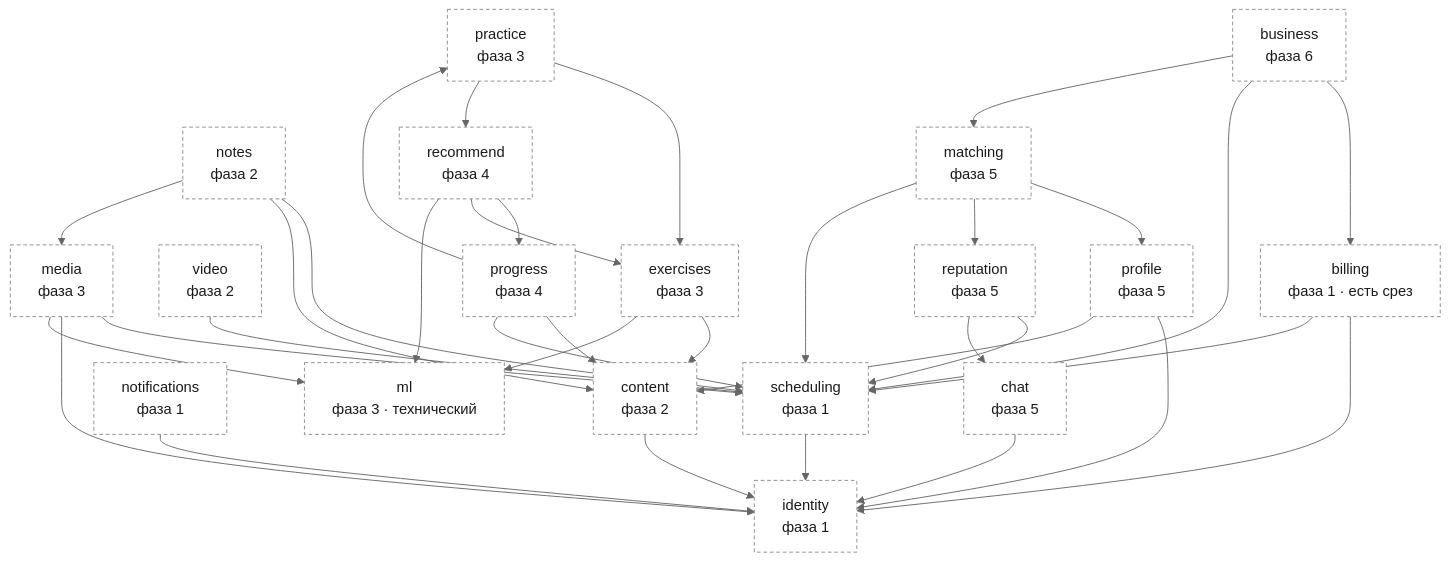
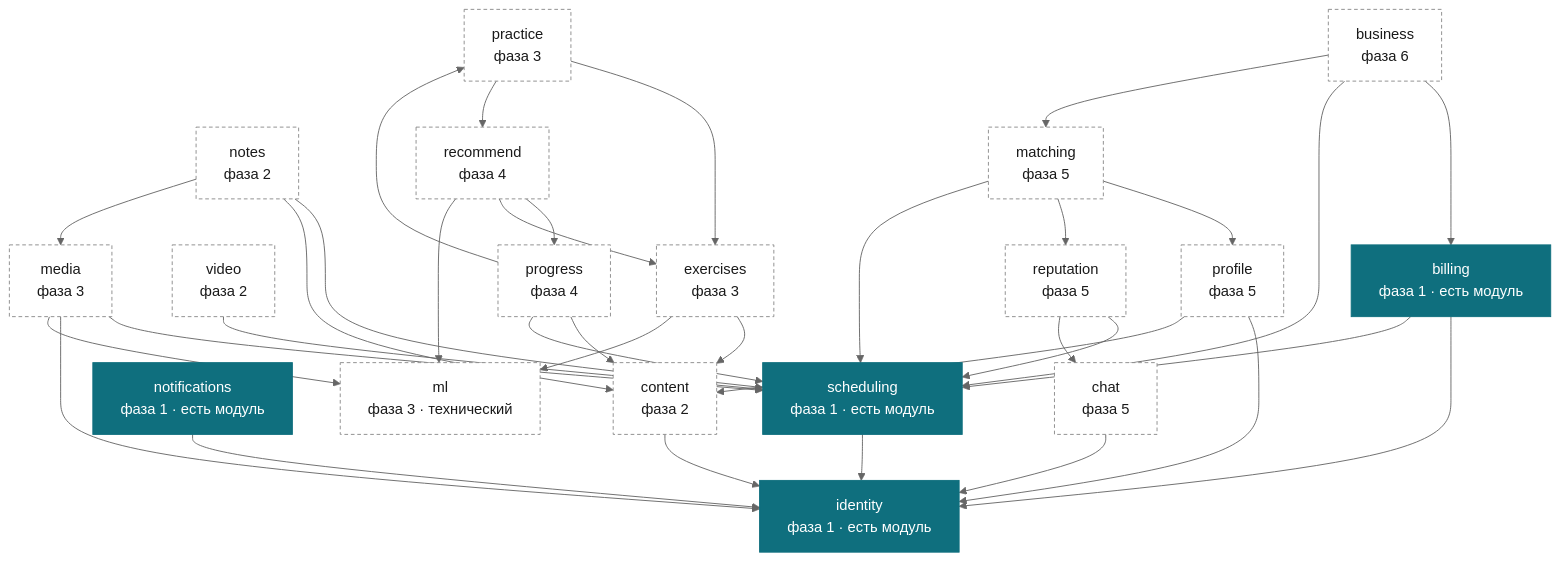
Before and after one commit to don-qu1xote/pdr: the diagram in docs/architecture/context-map.md, drawn with Mermaid (neutral theme). The commit also changed other lines of this file and 67 other files, not shown here.

````diff
--- a/docs/architecture/context-map.md
+++ b/docs/architecture/context-map.md
@@ -72,68 +72,69 @@
 ```mermaid
 flowchart TD
     %% exists заведён заранее: им помечается контекст, у которого появился модуль.
     classDef exists fill:#0F6F7E,stroke:#0F6F7E,color:#ffffff;
     classDef planned fill:#ffffff,stroke:#8a8a8a,stroke-dasharray:4 3,color:#1a1a1a;
 
-    identity["identity<br/>фаза 1"]
-    scheduling["scheduling<br/>фаза 1"]
-    billing["billing<br/>фаза 1 · есть срез"]
-    notifications["notifications<br/>фаза 1"]
+    identity["identity<br/>фаза 1 · есть модуль"]
+    scheduling["scheduling<br/>фаза 1 · есть модуль"]
+    billing["billing<br/>фаза 1 · есть модуль"]
+    notifications["notifications<br/>фаза 1 · есть модуль"]
 
     video["video<br/>фаза 2"]
     content["content<br/>фаза 2"]
     notes["notes<br/>фаза 2"]
 
     exercises["exercises<br/>фаза 3"]
     practice["practice<br/>фаза 3"]
     media["media<br/>фаза 3"]
     ml["ml<br/>фаза 3 · технический"]
 
     progress["progress<br/>фаза 4"]
     recommend["recommend<br/>фаза 4"]
 
     profile["profile<br/>фаза 5"]
     matching["matching<br/>фаза 5"]
     reputation["reputation<br/>фаза 5"]
     chat["chat<br/>фаза 5"]
 
     business["business<br/>фаза 6"]
 
     scheduling --> identity
     billing --> identity
     billing --> scheduling
     notifications --> identity
     video --> scheduling
     content --> identity
     notes --> scheduling
     notes --> content
     notes --> media
     exercises --> content
     exercises --> ml
     practice --> exercises
     practice --> recommend
     media --> scheduling
     media --> identity
     media --> ml
     progress --> practice
     progress --> content
     progress --> scheduling
     recommend --> progress
     recommend --> exercises
     recommend --> ml
     profile --> identity
     profile --> content
     matching --> profile
     matching --> reputation
     matching --> scheduling
     reputation --> scheduling
     reputation --> chat
     chat --> identity
     business --> billing
     business --> scheduling
     business --> matching
 
-    class identity,scheduling,billing,notifications,video,content,notes planned;
+    class identity,scheduling,billing,notifications exists;
+    class video,content,notes planned;
     class exercises,practice,media,ml,progress,recommend planned;
     class profile,matching,reputation,chat,business planned;
 ```
````
